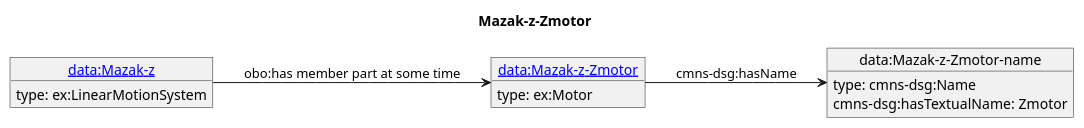
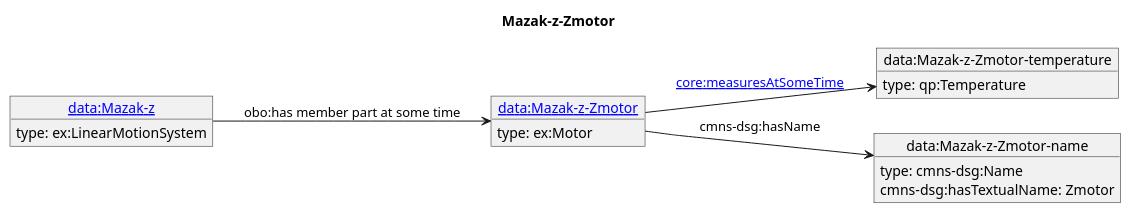
One commit to iofoundry/example-syseng-mtconnect changed the diagram in diagrams/Mazak-z-Zmotor.puml. Above: the diagram before and after it, drawn with PlantUML. The commit also changed 25 other files, not shown here.

```diff
--- a/diagrams/Mazak-z-Zmotor.puml
+++ b/diagrams/Mazak-z-Zmotor.puml
@@ -1,17 +1,21 @@
 @startuml
 skinparam linetype polyline
 left to right direction
 title Mazak-z-Zmotor
 object "[[./Mazak-z-Zmotor.html data:Mazak-z-Zmotor]]" as o1 {
  type: ex:Motor 
 }
-object "data:Mazak-z-Zmotor-name" as o2 {
+object "data:Mazak-z-Zmotor-temperature" as o2 {
+ type: qp:Temperature 
+}
+object "data:Mazak-z-Zmotor-name" as o3 {
  type: cmns-dsg:Name 
 }
-object "[[./Mazak-z.html data:Mazak-z]]" as o3 {
+object "[[./Mazak-z.html data:Mazak-z]]" as o4 {
  type: ex:LinearMotionSystem 
 }
-o1 --> o2 : cmns-dsg:hasName
-o2 : cmns-dsg:hasTextualName: Zmotor
-o3 --> o1 : obo:has member part at some time
+o1 --> o2 : [[https://spec.industrialontologies.org/ontology/core/Core/measuresAtSomeTime core:measuresAtSomeTime]]
+o1 --> o3 : cmns-dsg:hasName
+o3 : cmns-dsg:hasTextualName: Zmotor
+o4 --> o1 : obo:has member part at some time
 @enduml
```
